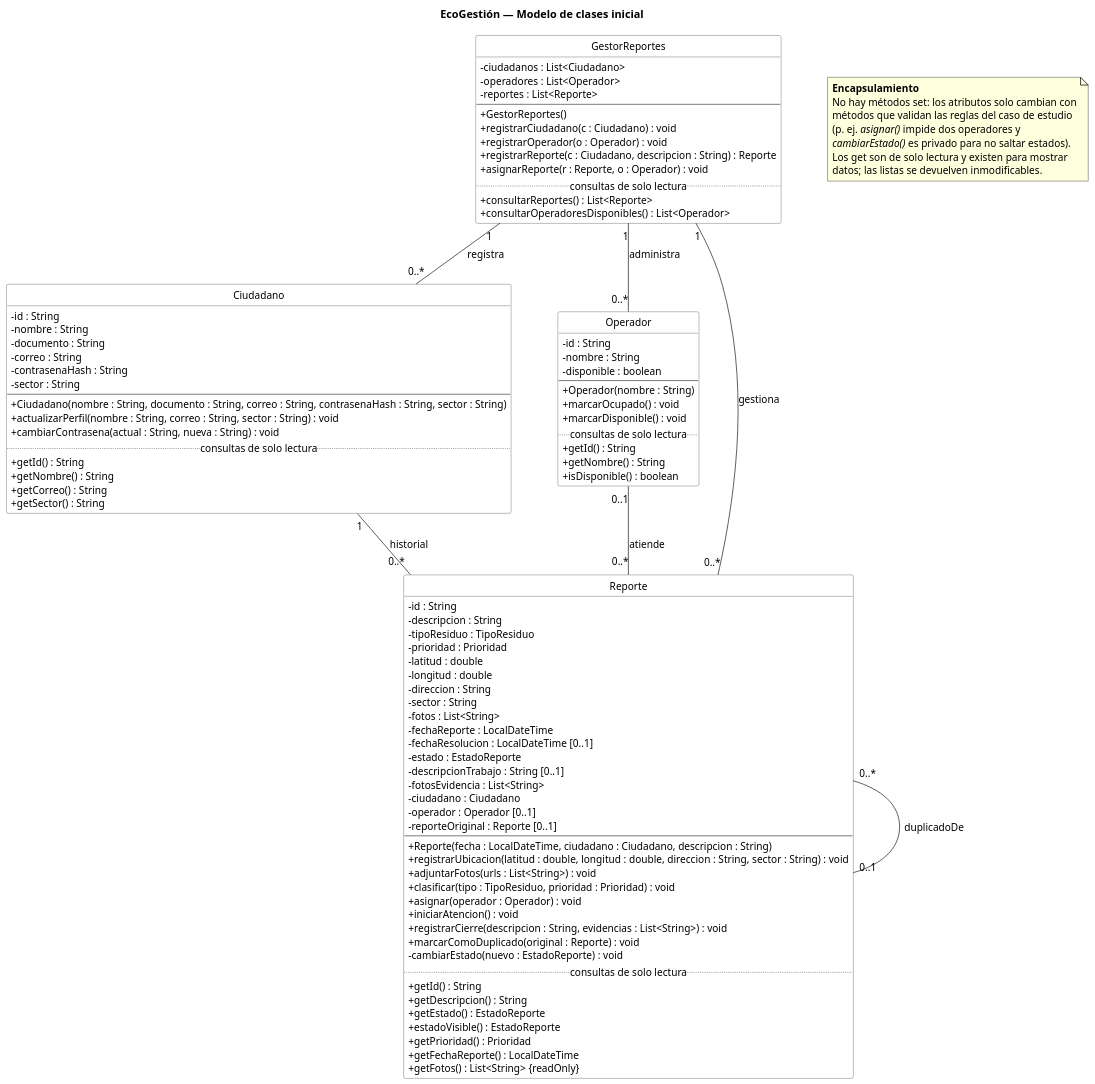
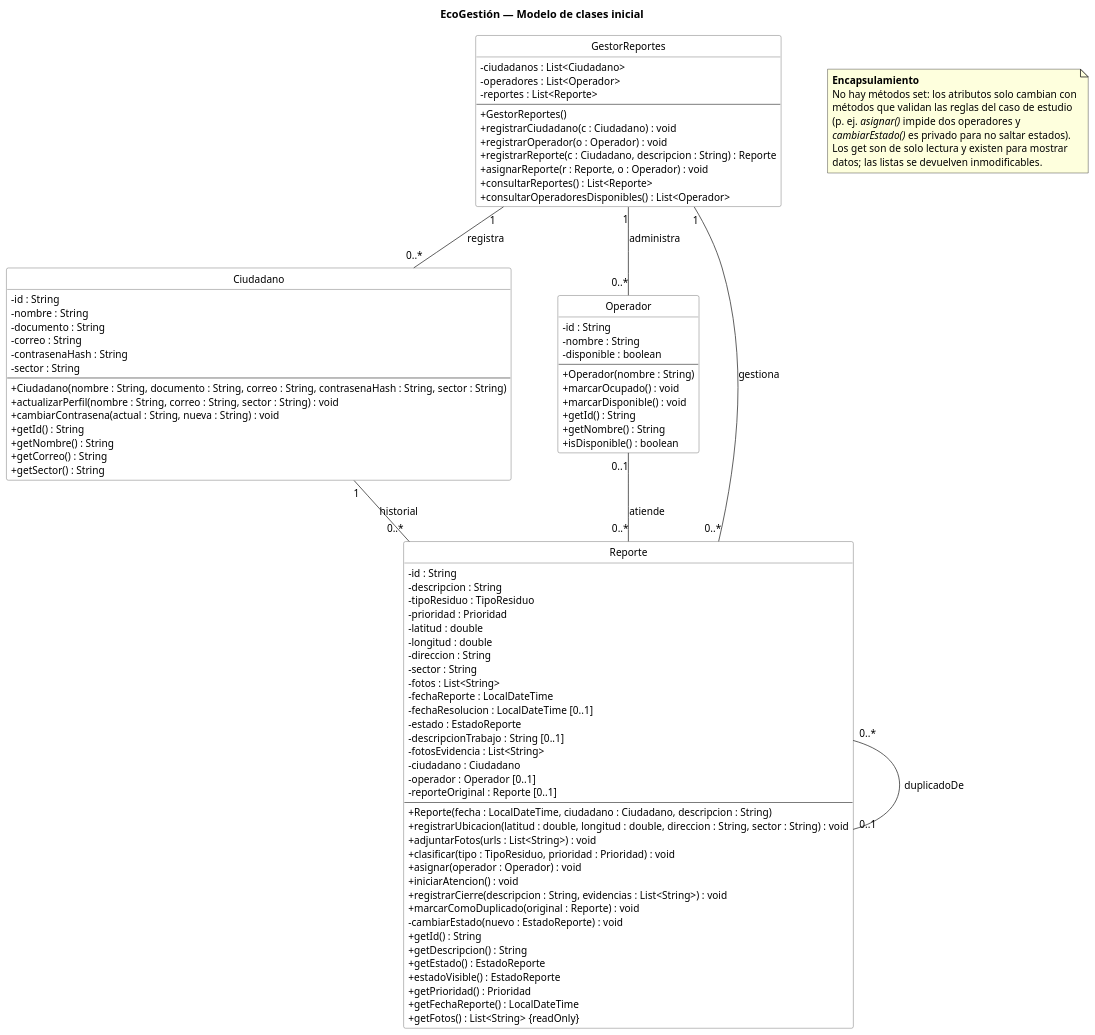
The diagram in docs/diagramas/03-vista-logica.puml (samuelvallejo/trabajo-final-dise-o-de-software-diagramas), drawn with PlantUML before and after one commit. The commit also changed 5 other files, not shown here.

First line of the commit message:
Diagramas de clases con una sola lista de métodos

```diff
--- a/docs/diagramas/03-vista-logica.puml
+++ b/docs/diagramas/03-vista-logica.puml
@@ -1,121 +1,117 @@
 @startuml 03-vista-logica
 ' EcoGestión – Vista lógica: modelo de clases inicial
 ' Persistencia en MongoDB: los id son ObjectId (String).
 skinparam dpi 120
 skinparam defaultFontName Arial
 skinparam defaultFontSize 13
 skinparam shadowing false
 skinparam classAttributeIconSize 0
 skinparam nodesep 60
 skinparam ranksep 60
 skinparam class {
   BackgroundColor #FFFFFF
   BorderColor #555555
   ArrowColor #333333
 }
 hide circle
 hide empty members
 title EcoGestión — Modelo de clases inicial
 
 class GestorReportes {
   - ciudadanos : List<Ciudadano>
   - operadores : List<Operador>
   - reportes : List<Reporte>
   --
   + GestorReportes()
   + registrarCiudadano(c : Ciudadano) : void
   + registrarOperador(o : Operador) : void
   + registrarReporte(c : Ciudadano, descripcion : String) : Reporte
   + asignarReporte(r : Reporte, o : Operador) : void
-  .. consultas de solo lectura ..
   + consultarReportes() : List<Reporte>
   + consultarOperadoresDisponibles() : List<Operador>
 }
 
 class Ciudadano {
   - id : String
   - nombre : String
   - documento : String
   - correo : String
   - contrasenaHash : String
   - sector : String
   --
   + Ciudadano(nombre : String, documento : String, correo : String, contrasenaHash : String, sector : String)
   + actualizarPerfil(nombre : String, correo : String, sector : String) : void
   + cambiarContrasena(actual : String, nueva : String) : void
-  .. consultas de solo lectura ..
   + getId() : String
   + getNombre() : String
   + getCorreo() : String
   + getSector() : String
 }
 
 class Operador {
   - id : String
   - nombre : String
   - disponible : boolean
   --
   + Operador(nombre : String)
   + marcarOcupado() : void
   + marcarDisponible() : void
-  .. consultas de solo lectura ..
   + getId() : String
   + getNombre() : String
   + isDisponible() : boolean
 }
 
 class Reporte {
   - id : String
   - descripcion : String
   - tipoResiduo : TipoResiduo
   - prioridad : Prioridad
   - latitud : double
   - longitud : double
   - direccion : String
   - sector : String
   - fotos : List<String>
   - fechaReporte : LocalDateTime
   - fechaResolucion : LocalDateTime [0..1]
   - estado : EstadoReporte
   - descripcionTrabajo : String [0..1]
   - fotosEvidencia : List<String>
   - ciudadano : Ciudadano
   - operador : Operador [0..1]
   - reporteOriginal : Reporte [0..1]
   --
   + Reporte(fecha : LocalDateTime, ciudadano : Ciudadano, descripcion : String)
   + registrarUbicacion(latitud : double, longitud : double, direccion : String, sector : String) : void
   + adjuntarFotos(urls : List<String>) : void
   + clasificar(tipo : TipoResiduo, prioridad : Prioridad) : void
   + asignar(operador : Operador) : void
   + iniciarAtencion() : void
   + registrarCierre(descripcion : String, evidencias : List<String>) : void
   + marcarComoDuplicado(original : Reporte) : void
   - cambiarEstado(nuevo : EstadoReporte) : void
-  .. consultas de solo lectura ..
   + getId() : String
   + getDescripcion() : String
   + getEstado() : EstadoReporte
   + estadoVisible() : EstadoReporte
   + getPrioridad() : Prioridad
   + getFechaReporte() : LocalDateTime
   + getFotos() : List<String> {readOnly}
 }
 
 note as Encapsulamiento
   <b>Encapsulamiento</b>
   No hay métodos set: los atributos solo cambian con
   métodos que validan las reglas del caso de estudio
   (p. ej. <i>asignar()</i> impide dos operadores y
   <i>cambiarEstado()</i> es privado para no saltar estados).
   Los get son de solo lectura y existen para mostrar
   datos; las listas se devuelven inmodificables.
 end note
 
 GestorReportes "1" -- "0..*" Ciudadano : registra
 GestorReportes "1" -- "0..*" Operador : administra
 GestorReportes "1" -- "0..*" Reporte : gestiona
 Ciudadano "1" -- "0..*" Reporte : historial
 Operador "0..1" -- "0..*" Reporte : atiende
 Reporte "0..*" -- "0..1" Reporte : duplicadoDe
 @enduml
```
